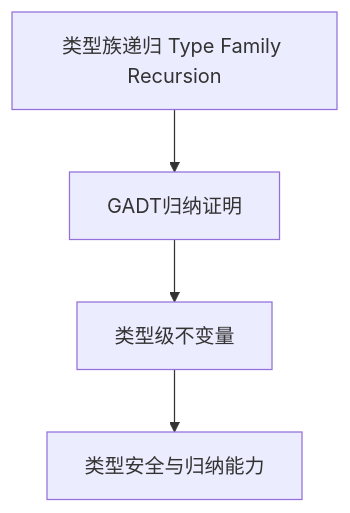
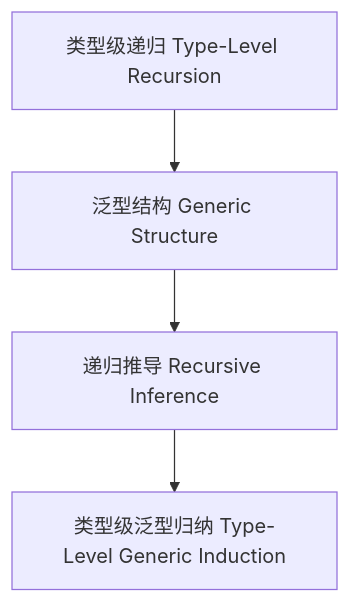
The diagram in docs/analysis/Type/01-Type-Level-Generic-Induction.md (AdaMartin18010/haskell), drawn with Mermaid before and after one commit. The commit also changed other lines of this file and 21 other files, not shown here.

````diff
--- a/docs/analysis/Type/01-Type-Level-Generic-Induction.md
+++ b/docs/analysis/Type/01-Type-Level-Generic-Induction.md
@@ -71,6 +67,6 @@
 ```mermaid
 graph TD
-  A[类型族递归 Type Family Recursion] --> B[GADT归纳证明]
-  B --> C[类型级不变量]
-  C --> D[类型安全与归纳能力]
+  A[类型级递归 Type-Level Recursion] --> B[泛型结构 Generic Structure]
+  B --> C[递归推导 Recursive Inference]
+  C --> D[类型级泛型归纳 Type-Level Generic Induction]
 ```
````
